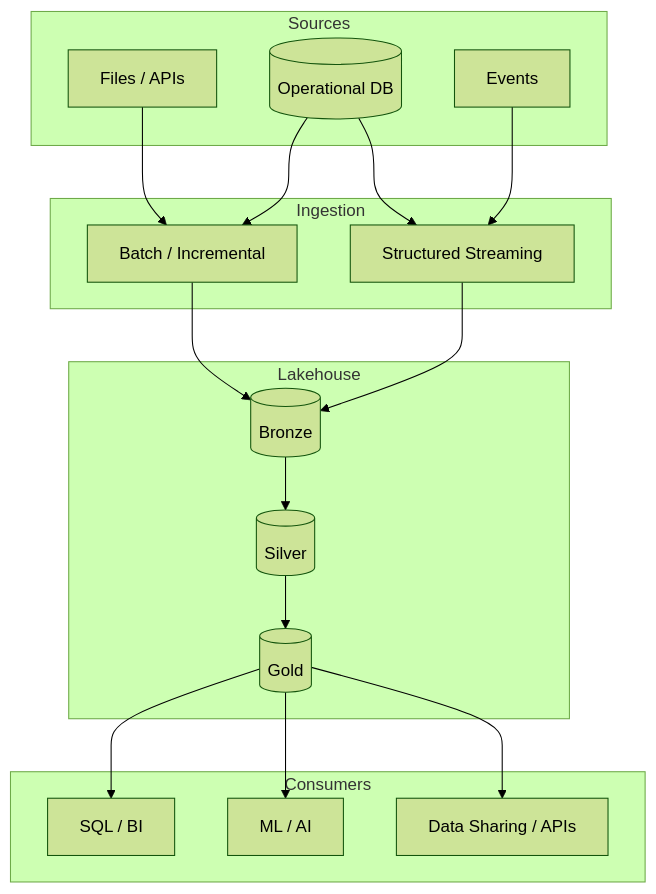
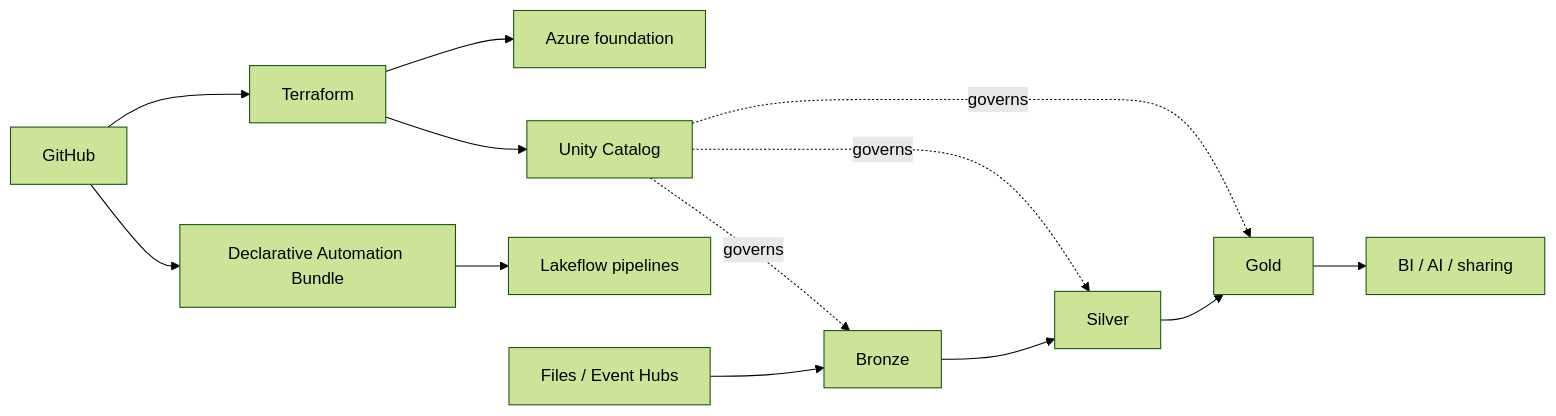
Before and after one commit to MehdiTAZI/modern-data-platform-reference: the diagram in docs/architecture/overview.md, drawn with Mermaid (forest theme). The commit also changed other lines of this file and 164 other files, not shown here.

````diff
--- a/docs/architecture/overview.md
+++ b/docs/architecture/overview.md
@@ -11,37 +5,12 @@
 ```mermaid
-flowchart TB
-  subgraph Sources
-    F[Files / APIs]
-    DB[(Operational DB)]
-    EV[Events]
-  end
-
-  subgraph Ingestion
-    BI[Batch / Incremental]
-    SI[Structured Streaming]
-  end
-
-  subgraph Lakehouse
-    B[(Bronze)]
-    S[(Silver)]
-    G[(Gold)]
-  end
-
-  subgraph Consumers
-    SQL[SQL / BI]
-    ML[ML / AI]
-    DS[Data Sharing / APIs]
-  end
-
-  F --> BI
-  DB --> BI
-  DB --> SI
-  EV --> SI
-  BI --> B
-  SI --> B
-  B --> S
-  S --> G
-  G --> SQL
-  G --> ML
-  G --> DS
+flowchart LR
+  Git[GitHub] --> TF[Terraform]
+  TF --> Azure[Azure foundation]
+  TF --> UC[Unity Catalog]
+  Git --> Bundle[Declarative Automation Bundle]
+  Bundle --> LDP[Lakeflow pipelines]
+  Sources[Files / Event Hubs] --> Bronze --> Silver --> Gold --> Consumers[BI / AI / sharing]
+  UC -. governs .-> Bronze
+  UC -. governs .-> Silver
+  UC -. governs .-> Gold
 ```
````
